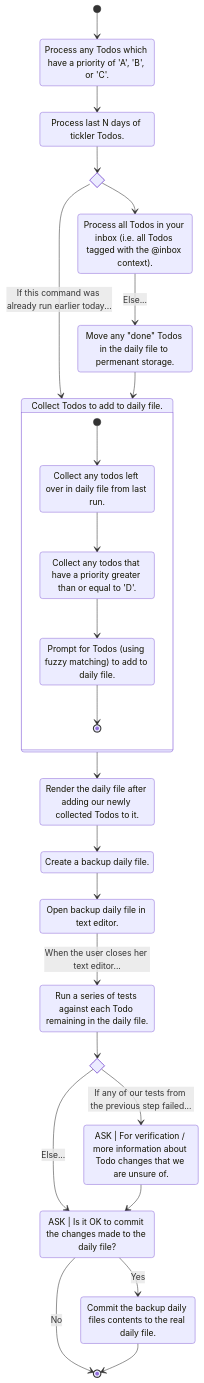
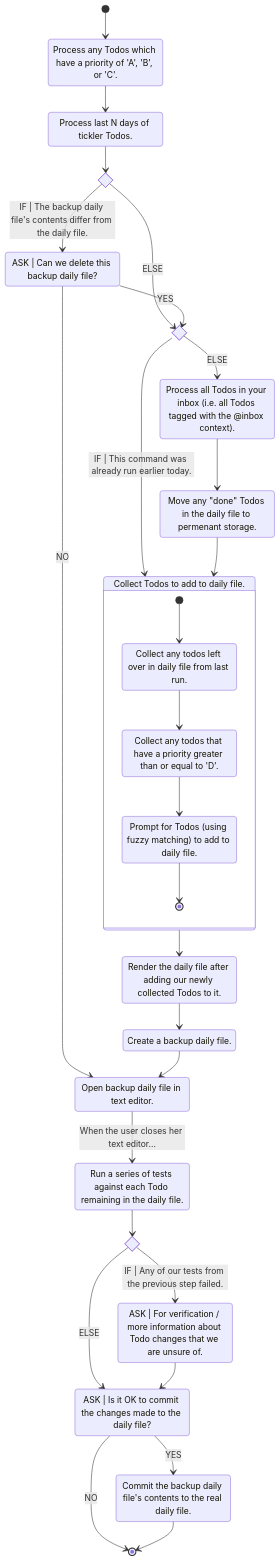
The diagram in docs/design/design.template.md (bbugyi200/greatday), drawn with Mermaid before and after one commit. The commit also changed 1 other file, not shown here.

Commit message:
Add details about backup daily file to state diagram

````diff
--- a/docs/design/design.template.md
+++ b/docs/design/design.template.md
@@ -7,46 +7,52 @@
 ```mermaid
 stateDiagram-v2
     state if_run_today <<choice>>
     state if_daily_check_failed <<choice>>
+    state if_old_backup_file <<choice>>
 
     ABC_priority: Process any Todos which have a priority of 'A', 'B', or 'C'.
+    ask_if_ok_to_save: ASK | Is it OK to commit the changes made to the daily file?
+    ask_to_delete_backup: ASK | Can we delete this backup daily file?
+    ask_to_verify_todos: ASK | For verification / more information about Todo changes that we are unsure of.
     check_daily_todos: Run a series of tests against each Todo remaining in the daily file.
     collect: Collect Todos to add to daily file.
     collect_fuzzy: Prompt for Todos (using fuzzy matching) to add to daily file.
     collect_leftover: Collect any todos left over in daily file from last run.
     collect_priority_B: Collect any todos that have a priority greater than or equal to 'D'.
     create_backup_daily: Create a backup daily file.
     edit_daily: Open backup daily file in text editor.
     inbox: Process all Todos in your inbox (i.e. all Todos tagged with the @inbox context).
-    prompt_for_save: ASK | Is it OK to commit the changes made to the daily file?
     remove_done_todos: Move any "done" Todos in the daily file to permenant storage.
     render_daily: Render the daily file after adding our newly collected Todos to it.
-    save_daily_file: Commit the backup daily files contents to the real daily file.
+    save_daily_file: Commit the backup daily file's contents to the real daily file.
     tickle: Process last N days of tickler Todos.
-    verify_daily_todos: ASK | For verification / more information about Todo changes that we are unsure of.
 
     [*] --> ABC_priority
     ABC_priority --> tickle
-    tickle --> if_run_today
-    if_run_today --> collect: If this command was already run earlier today...
-    if_run_today --> inbox
-    inbox --> remove_done_todos: Else...
+    tickle --> if_old_backup_file
+    if_old_backup_file --> ask_to_delete_backup: IF | The backup daily file's contents differ from the daily file.
+    if_old_backup_file --> if_run_today: ELSE
+    ask_to_delete_backup --> if_run_today: YES
+    ask_to_delete_backup --> edit_daily: NO
+    if_run_today --> collect: IF | This command was already run earlier today.
+    if_run_today --> inbox: ELSE
+    inbox --> remove_done_todos
     remove_done_todos --> collect
     state collect {
         [*] --> collect_leftover
         collect_leftover --> collect_priority_B
         collect_priority_B --> collect_fuzzy
         collect_fuzzy --> [*]
     }
     collect --> render_daily
     render_daily --> create_backup_daily
     create_backup_daily --> edit_daily
     edit_daily --> check_daily_todos: When the user closes her text editor...
     check_daily_todos --> if_daily_check_failed
-    if_daily_check_failed --> verify_daily_todos: If any of our tests from the previous step failed...
-    if_daily_check_failed --> prompt_for_save: Else...
-    verify_daily_todos --> prompt_for_save
-    prompt_for_save --> save_daily_file: Yes
-    prompt_for_save --> [*]: No
+    if_daily_check_failed --> ask_to_verify_todos: IF | Any of our tests from the previous step failed.
+    if_daily_check_failed --> ask_if_ok_to_save: ELSE
+    ask_to_verify_todos --> ask_if_ok_to_save
+    ask_if_ok_to_save --> save_daily_file: YES
+    ask_if_ok_to_save --> [*]: NO
     save_daily_file --> [*]
 ```
````
